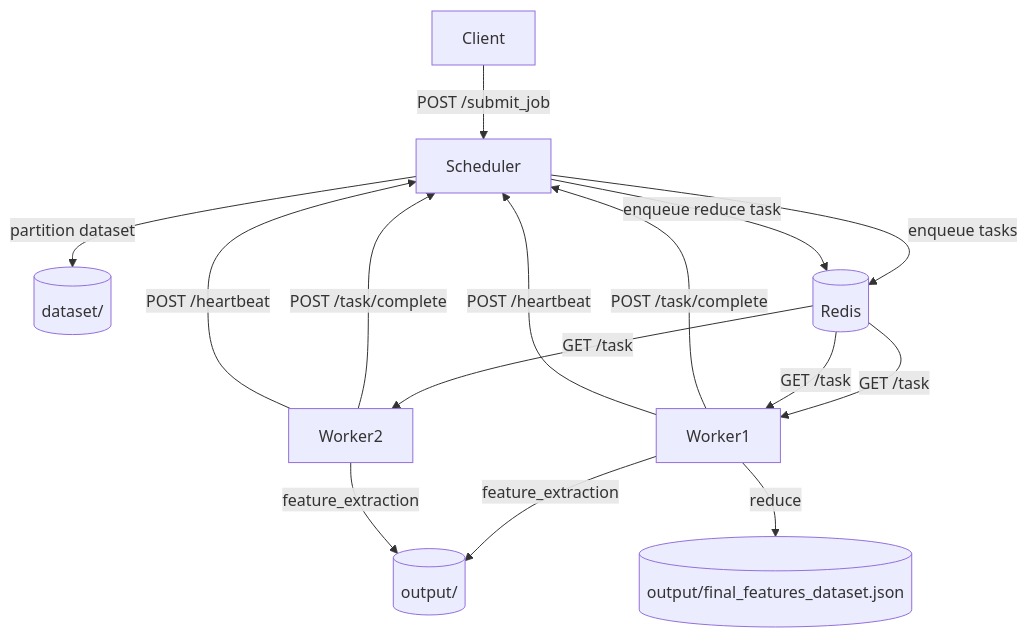
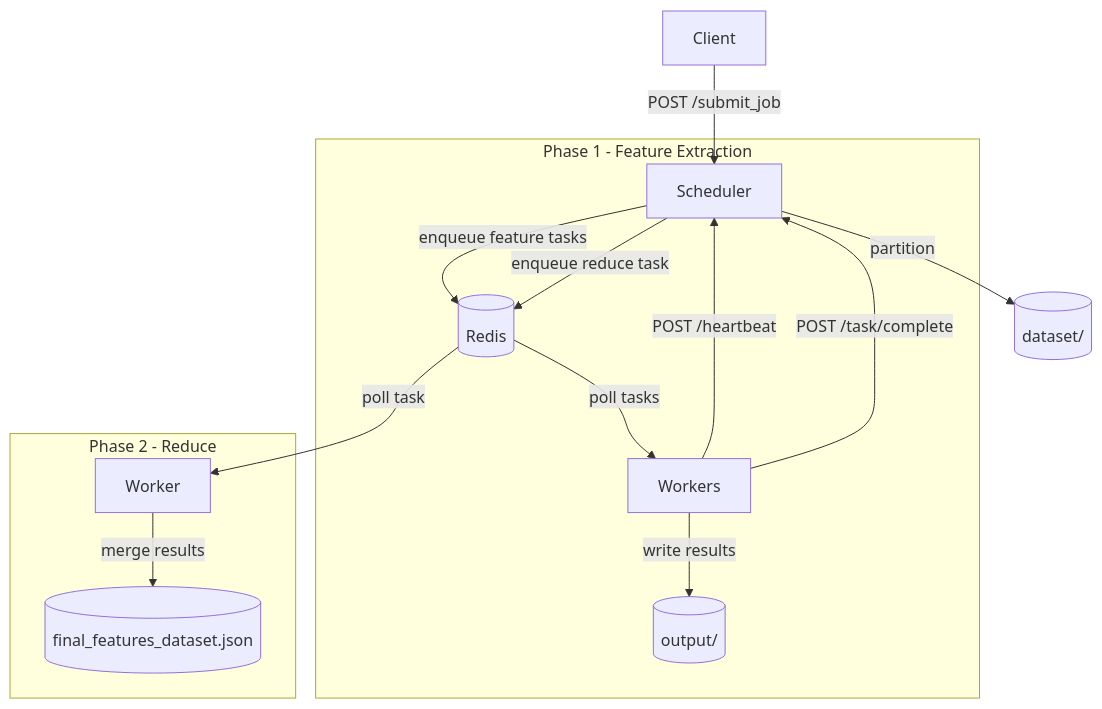
Before and after one commit to flsoares8/pollution-map: the diagram in docs/architecture.md, drawn with Mermaid.

Commit message:
Improve architecture diagram readability with phase subgraphs

````diff
--- a/docs/architecture.md
+++ b/docs/architecture.md
@@ -88,24 +88,19 @@
 ```mermaid
 flowchart TD
     Client -->|POST /submit_job| Scheduler
+    Scheduler -->|partition| Dataset[(dataset/)]
 
-    Scheduler -->|partition dataset| Dataset[(dataset/)]
-    Scheduler -->|enqueue tasks| Redis[(Redis)]
+    subgraph Phase 1 - Feature Extraction
+        Scheduler -->|enqueue feature tasks| Redis[(Redis)]
+        Redis -->|poll tasks| Workers[Workers]
+        Workers -->|write results| Output[(output/)]
+        Workers -->|POST /heartbeat| Scheduler
+        Workers -->|POST /task/complete| Scheduler
+    end
 
-    Redis -->|GET /task| Worker1
-    Redis -->|GET /task| Worker2
-
-    Worker1 -->|feature_extraction| Output[(output/)]
-    Worker2 -->|feature_extraction| Output
-
-    Worker1 -->|POST /task/complete| Scheduler
-    Worker2 -->|POST /task/complete| Scheduler
-
-    Scheduler -->|enqueue reduce task| Redis
-    Redis -->|GET /task| Worker1
-
-    Worker1 -->|reduce| FinalDataset[(output/final_features_dataset.json)]
-
-    Worker1 -->|POST /heartbeat| Scheduler
-    Worker2 -->|POST /heartbeat| Scheduler
+    subgraph Phase 2 - Reduce
+        Scheduler -->|enqueue reduce task| Redis
+        Redis -->|poll task| Reducer[Worker]
+        Reducer -->|merge results| FinalDataset[(final_features_dataset.json)]
+    end
 ```
````
